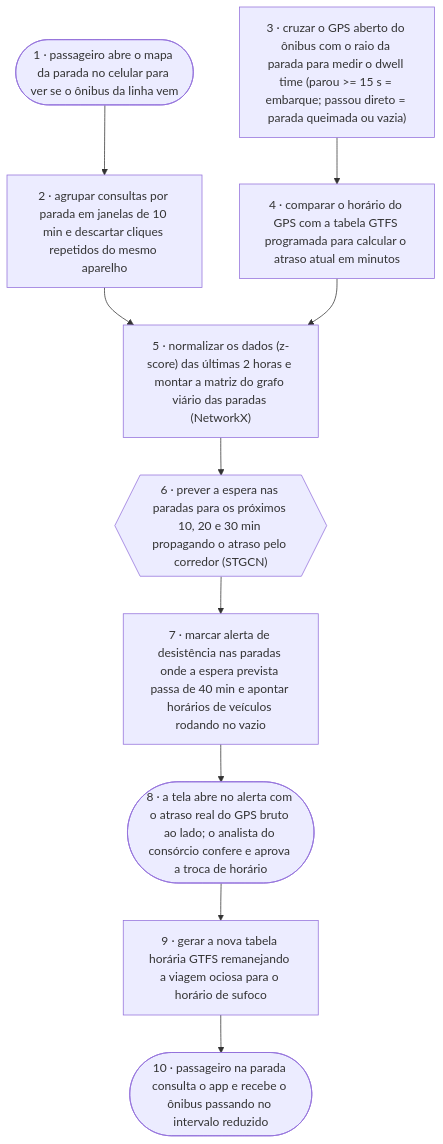
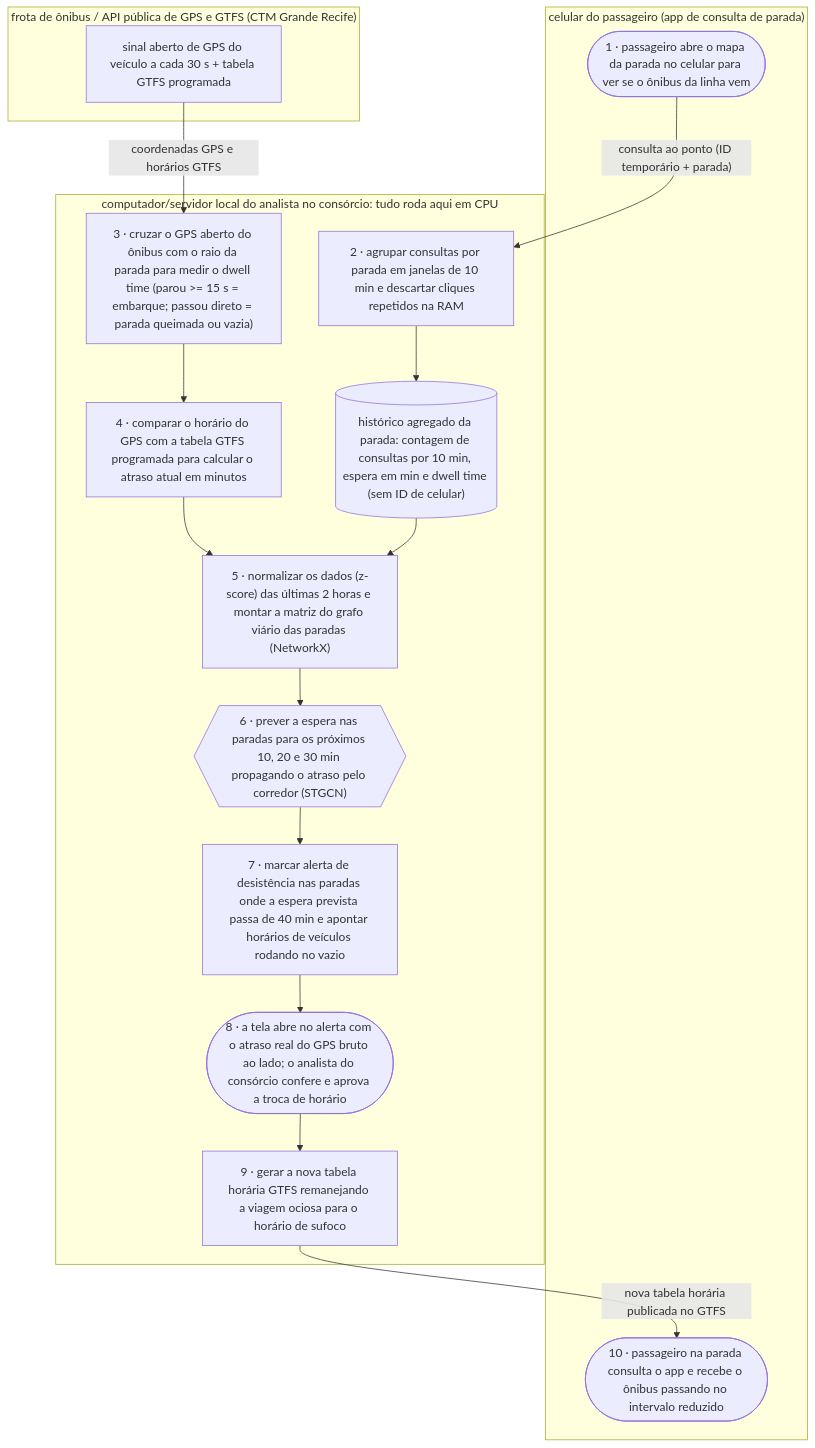
The diagram in arquitetura.md (lira-labs/workspace), drawn with Mermaid before and after one commit. The commit also changed other lines of this file, not shown here.

Commit message:
flx: acrescenta caixas de arquitetura e tabela de dados em arquitetura.md (passo 3)

````diff
--- a/arquitetura.md
+++ b/arquitetura.md
@@ -7,18 +7,30 @@
 ```mermaid
 flowchart TD
-    A(["1 · passageiro abre o mapa da parada no celular para ver se o ônibus da linha vem"])
-    B["2 · agrupar consultas por parada em janelas de 10 min e descartar cliques repetidos do mesmo aparelho"]
-    C["3 · cruzar o GPS aberto do ônibus com o raio da parada para medir o dwell time (parou >= 15 s = embarque; passou direto = parada queimada ou vazia)"]
-    D["4 · comparar o horário do GPS com a tabela GTFS programada para calcular o atraso atual em minutos"]
-    E["5 · normalizar os dados (z-score) das últimas 2 horas e montar a matriz do grafo viário das paradas (NetworkX)"]
-    F{{"6 · prever a espera nas paradas para os próximos 10, 20 e 30 min propagando o atraso pelo corredor (STGCN)"}}
-    G["7 · marcar alerta de desistência nas paradas onde a espera prevista passa de 40 min e apontar horários de veículos rodando no vazio"]
-    H(["8 · a tela abre no alerta com o atraso real do GPS bruto ao lado; o analista do consórcio confere e aprova a troca de horário"])
-    I["9 · gerar a nova tabela horária GTFS remanejando a viagem ociosa para o horário de sufoco"]
-    J(["10 · passageiro na parada consulta o app e recebe o ônibus passando no intervalo reduzido"])
+    subgraph CEL_P["celular do passageiro (app de consulta de parada)"]
+        A(["1 · passageiro abre o mapa da parada no celular para ver se o ônibus da linha vem"])
+        J(["10 · passageiro na parada consulta o app e recebe o ônibus passando no intervalo reduzido"])
+    end
 
-    A --> B
-    B --> E
+    subgraph AVL_BUS["frota de ônibus / API pública de GPS e GTFS (CTM Grande Recife)"]
+        BUS["sinal aberto de GPS do veículo a cada 30 s + tabela GTFS programada"]
+    end
+
+    subgraph SRV_CTM["computador/servidor local do analista no consórcio: tudo roda aqui em CPU"]
+        B["2 · agrupar consultas por parada em janelas de 10 min e descartar cliques repetidos na RAM"]
+        C["3 · cruzar o GPS aberto do ônibus com o raio da parada para medir o dwell time (parou >= 15 s = embarque; passou direto = parada queimada ou vazia)"]
+        D["4 · comparar o horário do GPS com a tabela GTFS programada para calcular o atraso atual em minutos"]
+        E["5 · normalizar os dados (z-score) das últimas 2 horas e montar a matriz do grafo viário das paradas (NetworkX)"]
+        F{{"6 · prever a espera nas paradas para os próximos 10, 20 e 30 min propagando o atraso pelo corredor (STGCN)"}}
+        G["7 · marcar alerta de desistência nas paradas onde a espera prevista passa de 40 min e apontar horários de veículos rodando no vazio"]
+        H(["8 · a tela abre no alerta com o atraso real do GPS bruto ao lado; o analista do consórcio confere e aprova a troca de horário"])
+        I["9 · gerar a nova tabela horária GTFS remanejando a viagem ociosa para o horário de sufoco"]
+        DB[("histórico agregado da parada: contagem de consultas por 10 min, espera em min e dwell time (sem ID de celular)")]
+    end
+
+    A -- "consulta ao ponto (ID temporário + parada)" --> B
+    BUS -- "coordenadas GPS e horários GTFS" --> C
     C --> D --> E
-    E --> F --> G --> H --> I --> J
+    B --> DB --> E
+    E --> F --> G --> H --> I
+    I -- "nova tabela horária publicada no GTFS" --> J
 ```
````
